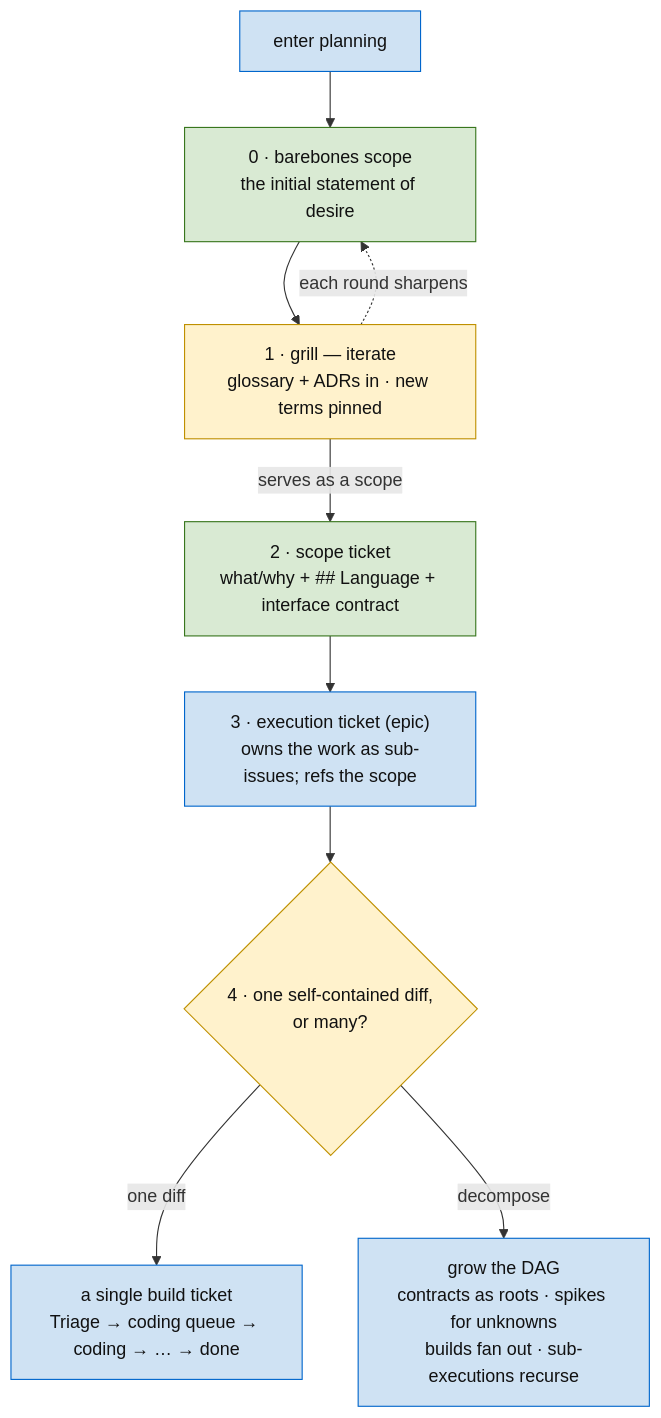
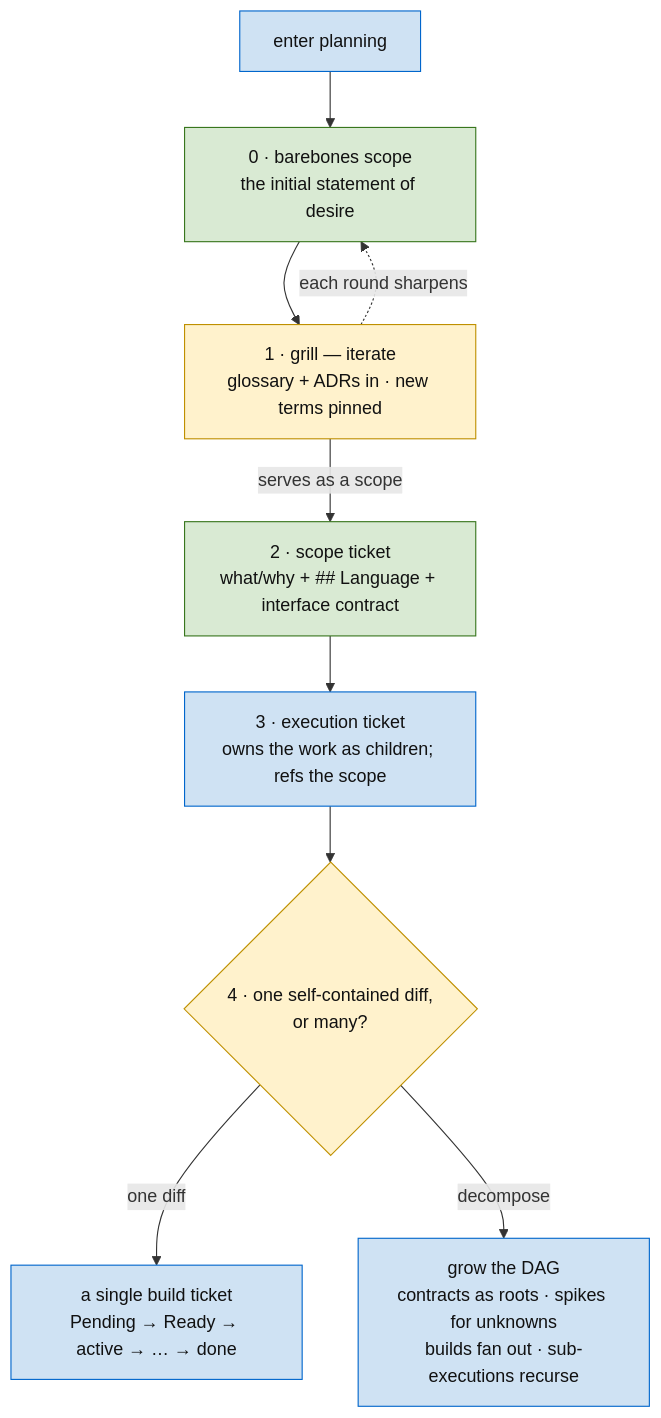
Before and after one commit to hypermemetic-ai/skills: the first of 2 diagrams in skills/planning/SKILL.md, drawn with Mermaid. The commit also changed other lines of this file and 19 other files, not shown here.

````diff
--- a/skills/planning/SKILL.md
+++ b/skills/planning/SKILL.md
@@ -16,17 +16,17 @@
 ```mermaid
 graph TD
   BEGIN["enter planning"] --> S0["0 · barebones scope<br/>the initial statement of desire"]
   S0 --> GR["1 · grill — iterate<br/>glossary + ADRs in · new terms pinned"]
   GR -.->|"each round sharpens"| S0
   GR -->|"serves as a scope"| SCOPE["2 · scope ticket<br/>what/why + ## Language + interface contract"]
-  SCOPE --> EXEC["3 · execution ticket (epic)<br/>owns the work as sub-issues; refs the scope"]
+  SCOPE --> EXEC["3 · execution ticket<br/>owns the work as children; refs the scope"]
   EXEC --> Q{"4 · one self-contained diff,<br/>or many?"}
-  Q -->|"one diff"| BUILD["a single build ticket<br/>Triage → coding queue → coding → … → done"]
+  Q -->|"one diff"| BUILD["a single build ticket<br/>Pending → Ready → active → … → done"]
   Q -->|"decompose"| DAG["grow the DAG<br/>contracts as roots · spikes for unknowns<br/>builds fan out · sub-executions recurse"]
   classDef canon fill:#d9ead3,stroke:#38761d,color:#111;
   classDef ex fill:#cfe2f3,stroke:#0066cc,color:#111;
   classDef f fill:#fff2cc,stroke:#bf9000,color:#111;
   class S0,SCOPE canon;
   class BEGIN,EXEC,BUILD,DAG ex;
   class Q,GR f;
 ```
````
